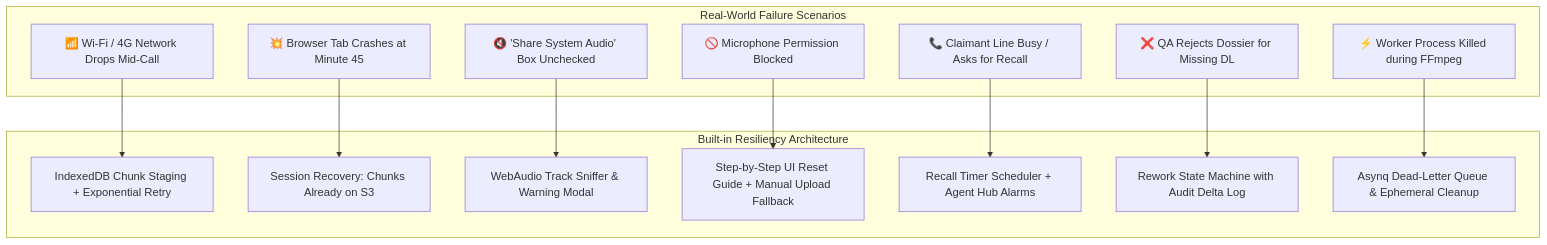
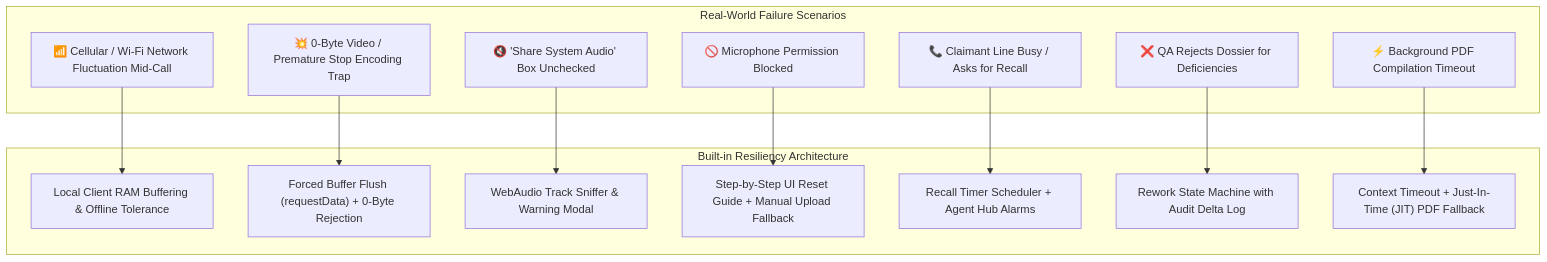
Before and after one commit to RajThak-998/claimverificationdossierintelligencesystem: the diagram in obs/13_Edge_Cases_and_Failure_Recovery.md, drawn with Mermaid. The commit also changed other lines of this file and 10 other files, not shown here.

````diff
--- a/obs/13_Edge_Cases_and_Failure_Recovery.md
+++ b/obs/13_Edge_Cases_and_Failure_Recovery.md
@@ -16,30 +16,30 @@
 ```mermaid
 flowchart TD
     subgraph Failures ["Real-World Failure Scenarios"]
-        F1["📶 Wi-Fi / 4G Network Drops Mid-Call"]
-        F2["💥 Browser Tab Crashes at Minute 45"]
+        F1["📶 Cellular / Wi-Fi Network Fluctuation Mid-Call"]
+        F2["💥 0-Byte Video / Premature Stop Encoding Trap"]
         F3["🔇 'Share System Audio' Box Unchecked"]
         F4["🚫 Microphone Permission Blocked"]
         F5["📞 Claimant Line Busy / Asks for Recall"]
-        F6["❌ QA Rejects Dossier for Missing DL"]
-        F7["⚡ Worker Process Killed during FFmpeg"]
+        F6["❌ QA Rejects Dossier for Deficiencies"]
+        F7["⚡ Background PDF Compilation Timeout"]
     end
 
     subgraph Strategies ["Built-in Resiliency Architecture"]
-        S1["IndexedDB Chunk Staging + Exponential Retry"]
-        S2["Session Recovery: Chunks Already on S3"]
+        S1["Local Client RAM Buffering & Offline Tolerance"]
+        S2["Forced Buffer Flush (requestData) + 0-Byte Rejection"]
         S3["WebAudio Track Sniffer & Warning Modal"]
         S4["Step-by-Step UI Reset Guide + Manual Upload Fallback"]
         S5["Recall Timer Scheduler + Agent Hub Alarms"]
         S6["Rework State Machine with Audit Delta Log"]
-        S7["Asynq Dead-Letter Queue & Ephemeral Cleanup"]
+        S7["Context Timeout + Just-In-Time (JIT) PDF Fallback"]
     end
 
     F1 --> S1
     F2 --> S2
     F3 --> S3
     F4 --> S4
     F5 --> S5
     F6 --> S6
     F7 --> S7
 ```
````
